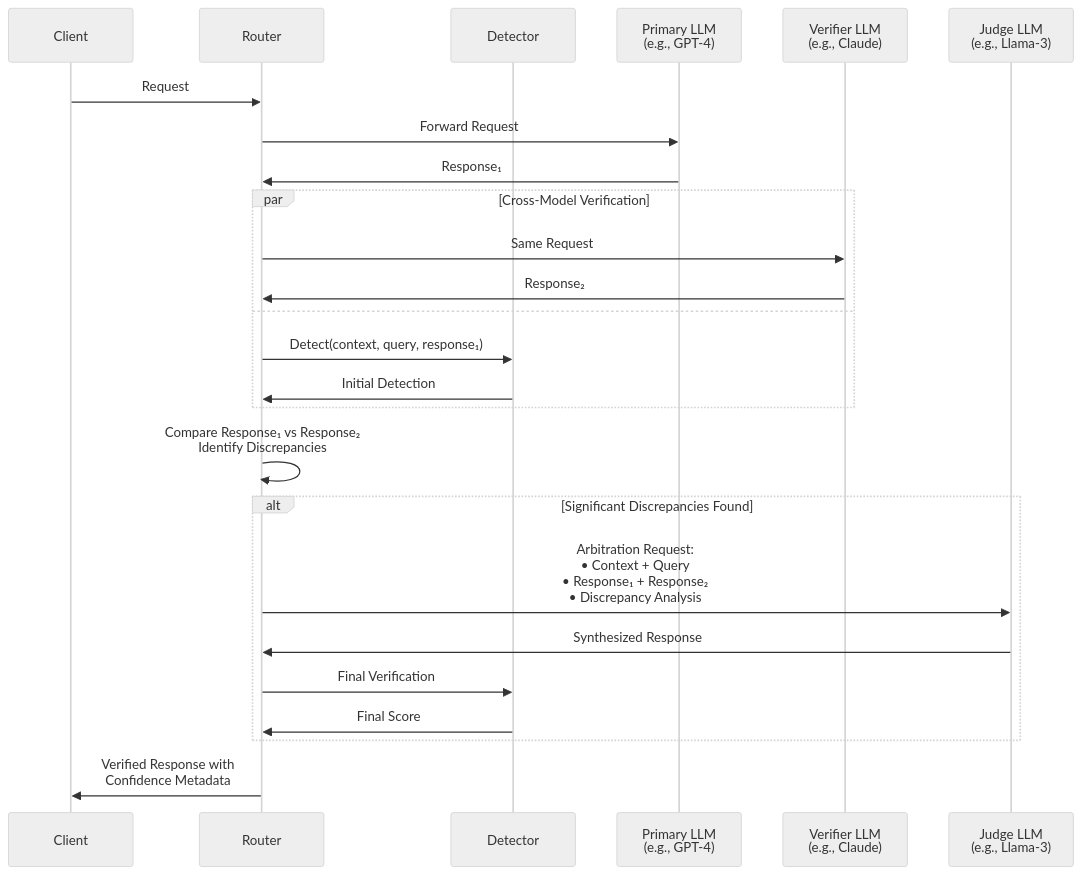
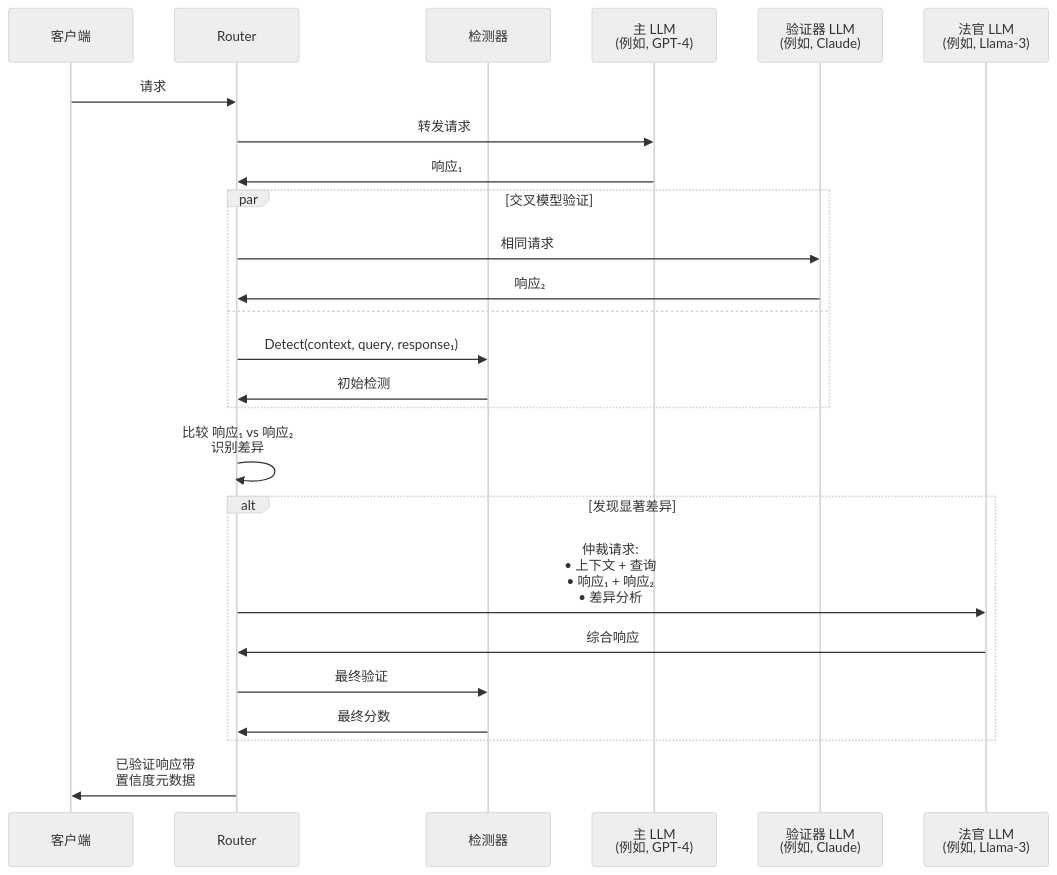
Diagram 12 of 14 in website/i18n/zh-Hans/docusaurus-plugin-content-docs/current/proposals/hallucination-mitigation-milestone.md (vllm-project/semantic-router), drawn with Mermaid (neutral theme) before and after one commit. The commit also changed other lines of this file and 7 other files, not shown here.

````diff
--- a/website/i18n/zh-Hans/docusaurus-plugin-content-docs/current/proposals/hallucination-mitigation-milestone.md
+++ b/website/i18n/zh-Hans/docusaurus-plugin-content-docs/current/proposals/hallucination-mitigation-milestone.md
@@ -983,32 +991,32 @@
 ```mermaid
 sequenceDiagram
-    participant C as Client
+    participant C as 客户端
     participant R as Router
-    participant D as Detector
-    participant L1 as Primary LLM<br/>(e.g., GPT-4)
-    participant L2 as Verifier LLM<br/>(e.g., Claude)
-    participant L3 as Judge LLM<br/>(e.g., Llama-3)
+    participant D as 检测器
+    participant L1 as 主 LLM<br/>(例如, GPT-4)
+    participant L2 as 验证器 LLM<br/>(例如, Claude)
+    participant L3 as 法官 LLM<br/>(例如, Llama-3)
 
-    C->>R: Request
-    R->>L1: Forward Request
-    L1->>R: Response₁
+    C->>R: 请求
+    R->>L1: 转发请求
+    L1->>R: 响应₁
 
-    par Cross-Model Verification
-        R->>L2: Same Request
-        L2->>R: Response₂
+    par 交叉模型验证
+        R->>L2: 相同请求
+        L2->>R: 响应₂
     and
         R->>D: Detect(context, query, response₁)
-        D->>R: Initial Detection
+        D->>R: 初始检测
     end
 
-    R->>R: Compare Response₁ vs Response₂<br/>Identify Discrepancies
+    R->>R: 比较 响应₁ vs 响应₂<br/>识别差异
 
-    alt Significant Discrepancies Found
-        R->>L3: Arbitration Request:<br/>• Context + Query<br/>• Response₁ + Response₂<br/>• Discrepancy Analysis
-        L3->>R: Synthesized Response
-        R->>D: Final Verification
-        D->>R: Final Score
+    alt 发现显著差异
+        R->>L3: 仲裁请求:<br/>• 上下文 + 查询<br/>• 响应₁ + 响应₂<br/>• 差异分析
+        L3->>R: 综合响应
+        R->>D: 最终验证
+        D->>R: 最终分数
     end
 
-    R->>C: Verified Response with<br/>Confidence Metadata
+    R->>C: 已验证响应带<br/>置信度元数据
 ```
````
